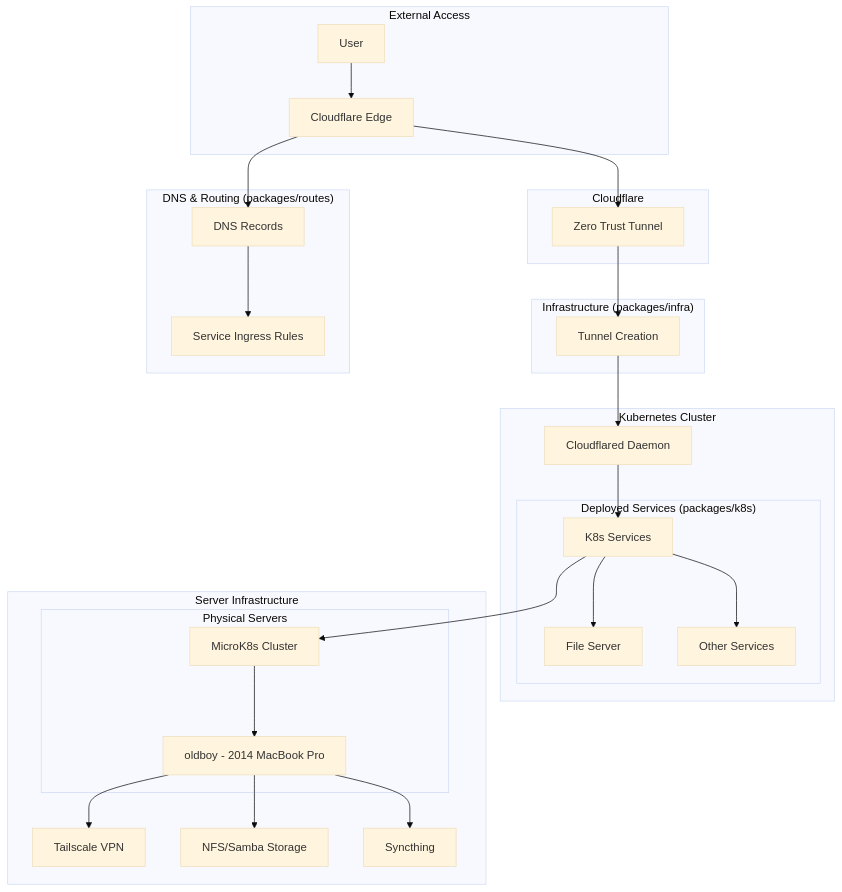
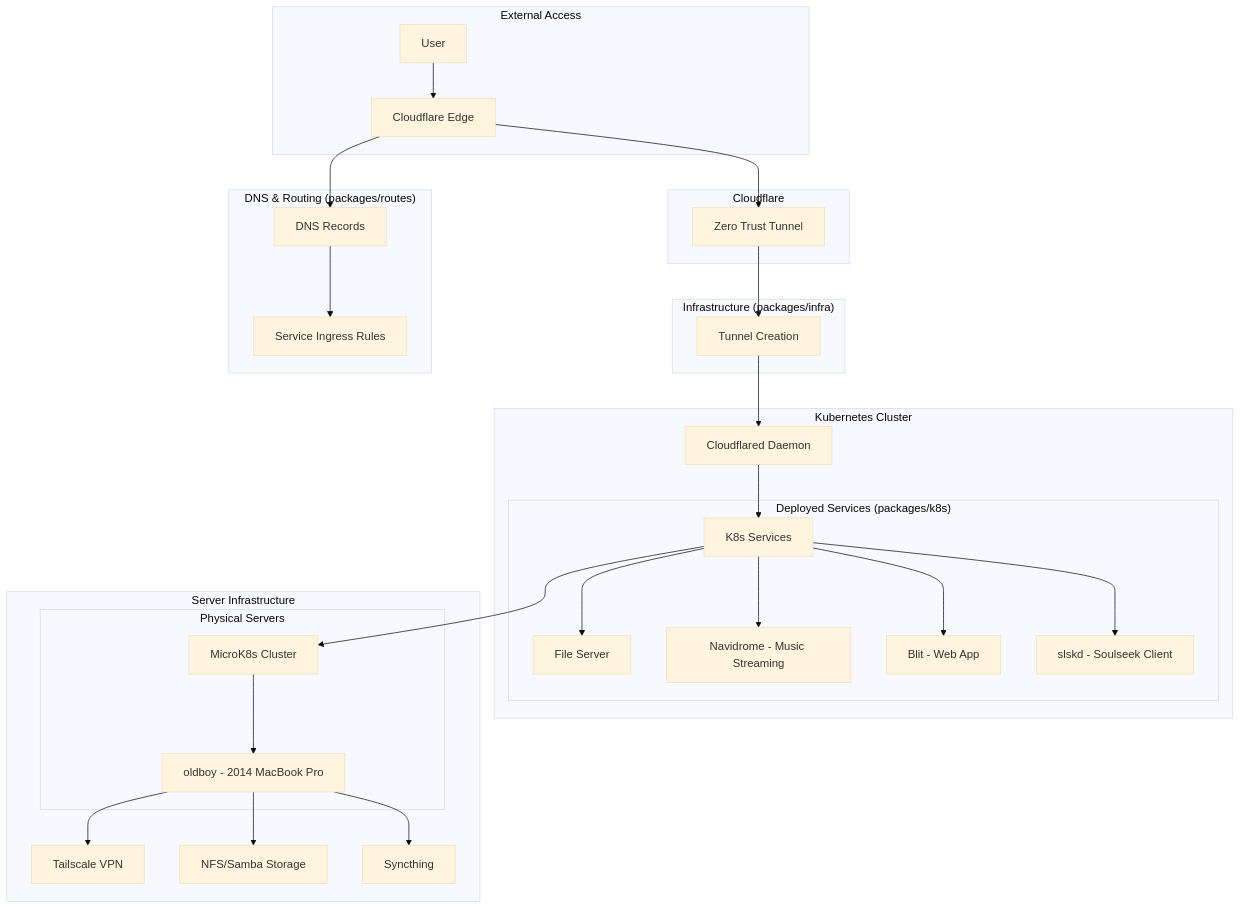
One commit to radiosilence/jaritanet changed the diagram in README.md. Above: the diagram before and after it, drawn with Mermaid (base theme).

Commit message:
Add specific services to architecture diagram
- Shows Navidrome (music streaming), Blit (web app), and slskd (Soulseek client)
- Replaces generic "Other Services" with actual deployed applications

🤖 Generated with [Claude Code](https://claude.ai/code)

````diff
--- a/README.md
+++ b/README.md
@@ -13,41 +13,43 @@
 ```mermaid
 graph TB
     subgraph "External Access"
         User[User] --> CF[Cloudflare Edge]
     end
     
     subgraph "Cloudflare"
         CF --> Tunnel[Zero Trust Tunnel]
     end
     
     subgraph "Infrastructure (packages/infra)"
         Tunnel --> TunnelConfig[Tunnel Creation]
     end
     
     subgraph "Kubernetes Cluster"
         TunnelConfig --> Cloudflared[Cloudflared Daemon]
         Cloudflared --> Services[K8s Services]
         
         subgraph "Deployed Services (packages/k8s)"
             Services --> FileServer[File Server]
-            Services --> OtherSvcs[Other Services]
+            Services --> Navidrome[Navidrome - Music Streaming]
+            Services --> Blit[Blit - Web App]
+            Services --> Slskd[slskd - Soulseek Client]
         end
     end
     
     subgraph "DNS & Routing (packages/routes)"
         CF --> DNS[DNS Records]
         DNS --> Ingress[Service Ingress Rules]
     end
     
     subgraph "Server Infrastructure"
         Services --> MicroK8s[MicroK8s Cluster]
         
         subgraph "Physical Servers"
             MicroK8s --> Oldboy[oldboy - 2014 MacBook Pro]
         end
         
         Oldboy --> Tailscale[Tailscale VPN]
         Oldboy --> Storage[NFS/Samba Storage]
         Oldboy --> Sync[Syncthing]
     end
 ```
````
